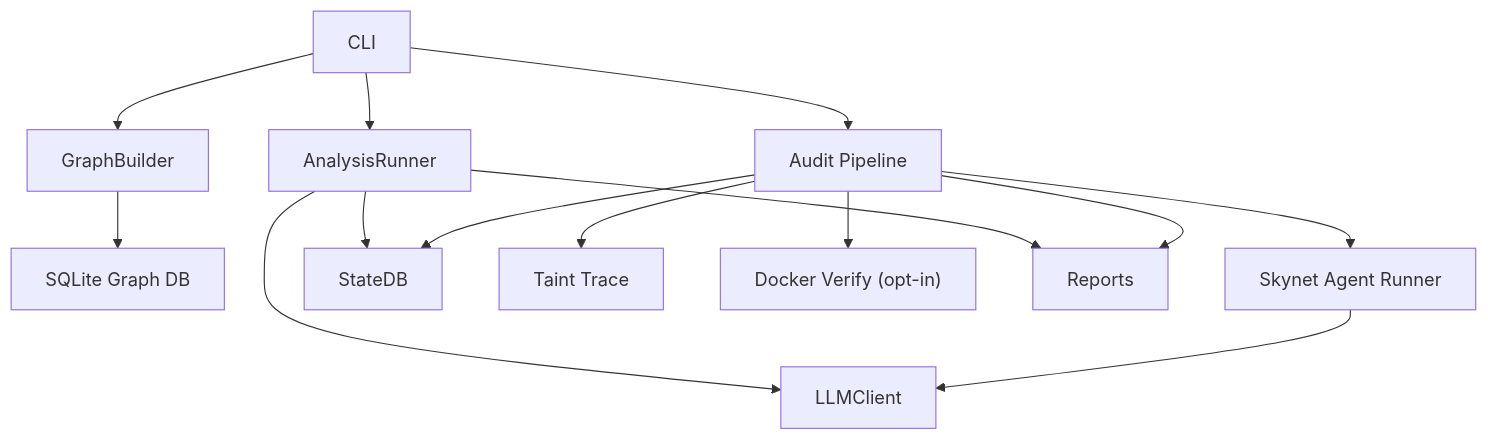
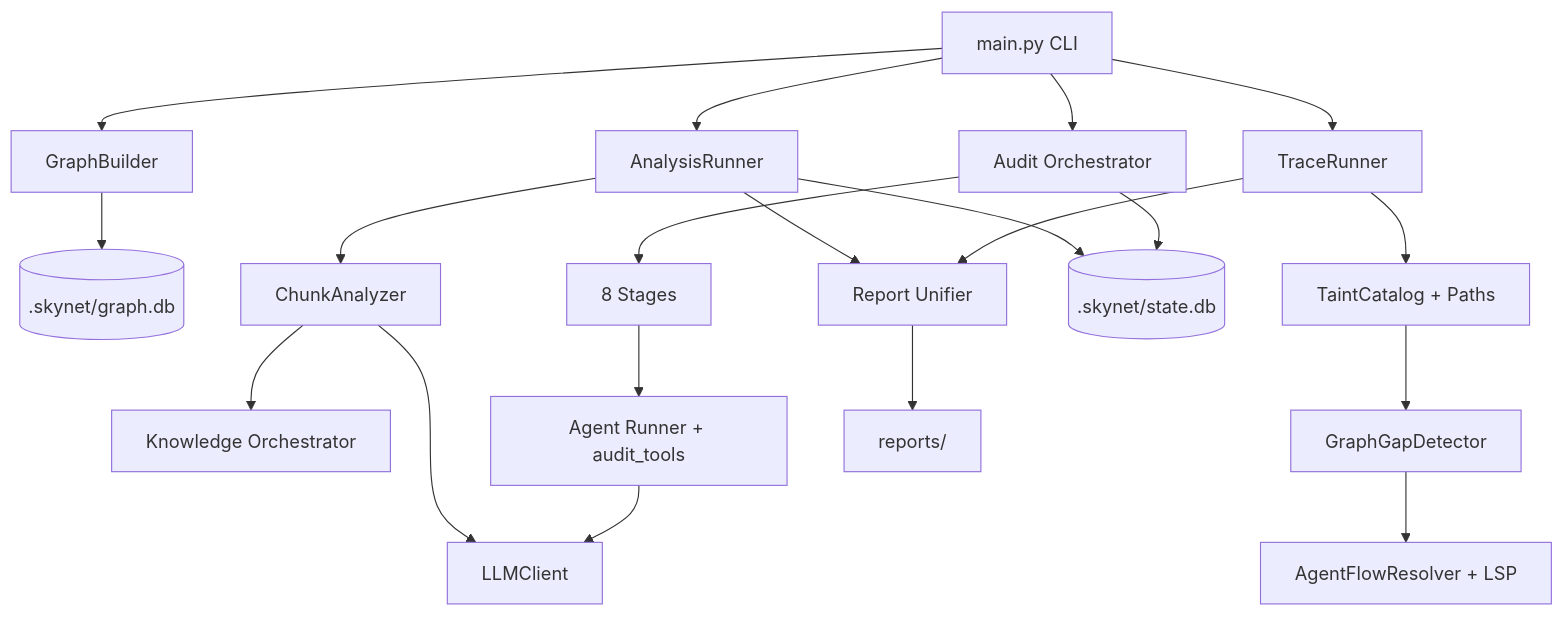
Before and after one commit to LLAWLIGHT12/skynet: the second of 2 diagrams in README.md, drawn with Mermaid. The commit also changed other lines of this file, not shown here.

````diff
--- a/README.md
+++ b/README.md
@@ -21,16 +234,28 @@
 ```mermaid
 flowchart TD
-    CLI["CLI"] --> Graph["GraphBuilder"]
-    CLI --> Analyze["AnalysisRunner"]
-    CLI --> Audit["Audit Pipeline"]
-    Graph --> DB["SQLite Graph DB"]
-    Analyze --> LLM["LLMClient"]
-    Audit --> Agent["Skynet Agent Runner"]
-    Agent --> LLM
-    Analyze --> State["StateDB"]
+    CLI[main.py CLI] --> Graph[GraphBuilder]
+    CLI --> Analyze[AnalysisRunner]
+    CLI --> Audit[Audit Orchestrator]
+    CLI --> Trace[TraceRunner]
+
+    Graph --> GDB[(.skynet/graph.db)]
+
+    Analyze --> Chunk[ChunkAnalyzer]
+    Chunk --> Knowledge[Knowledge Orchestrator]
+    Chunk --> LLM[LLMClient]
+
+    Trace --> Taint[TaintCatalog + Paths]
+    Taint --> Gap[GraphGapDetector]
+    Gap --> AgentFlow[AgentFlowResolver + LSP]
+
+    Audit --> Stages[8 Stages]
+    Stages --> AuditAgent[Agent Runner + audit_tools]
+    AuditAgent --> LLM
+
+    Analyze --> State[(.skynet/state.db)]
     Audit --> State
-    Audit --> Trace["Taint Trace"]
-    Audit --> Verify["Docker Verify (opt-in)"]
-    Analyze --> Reports["Reports"]
-    Audit --> Reports
+
+    Analyze --> Merge[Report Unifier]
+    Trace --> Merge
+    Merge --> Out[reports/]
 ```
````
